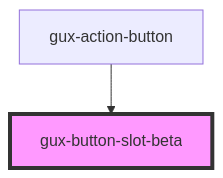
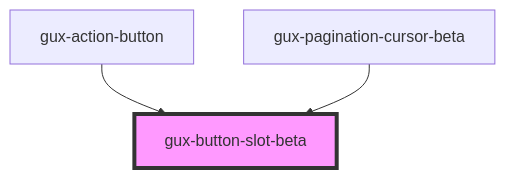
One commit to MyPureCloud/genesys-spark changed the diagram in src/components/beta/gux-button-slot/readme.md. Above: the diagram before and after it, drawn with Mermaid. The commit also changed other lines of this file and 34 other files, not shown here.

First line of the commit message:
feat(cursor-pagination): added cursor pagination component

````diff
--- a/src/components/beta/gux-button-slot/readme.md
+++ b/src/components/beta/gux-button-slot/readme.md
@@ -26,5 +27,6 @@
 ```mermaid
 graph TD;
   gux-action-button --> gux-button-slot-beta
+  gux-pagination-cursor-beta --> gux-button-slot-beta
   style gux-button-slot-beta fill:#f9f,stroke:#333,stroke-width:4px
 ```
````
